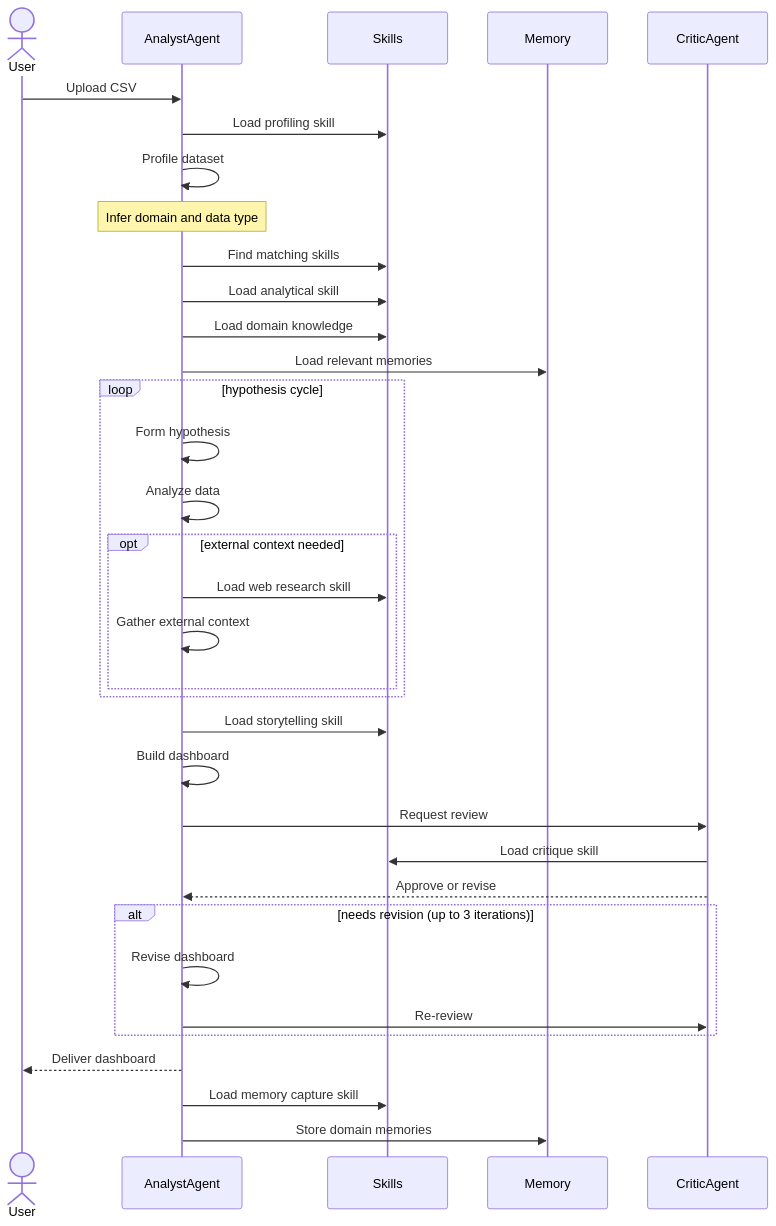
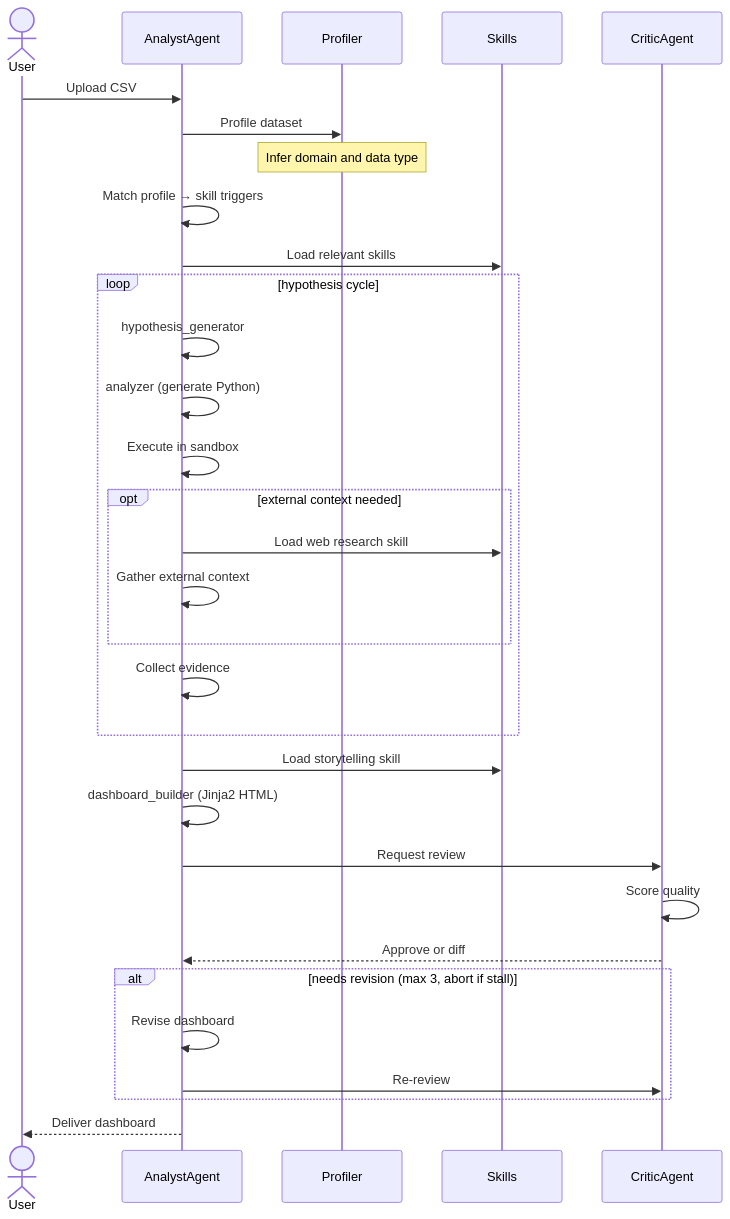
One commit to chekahchek/auto-analyst changed the first of 5 diagrams in design_spec.md. Above: the diagram before and after it, drawn with Mermaid. The commit also changed other lines of this file and 5 other files, not shown here.

````diff
--- a/design_spec.md
+++ b/design_spec.md
@@ -88,41 +26,38 @@
 ```mermaid
 sequenceDiagram
     actor U as User
     participant A as AnalystAgent
+    participant P as Profiler
     participant S as Skills
-    participant M as Memory
     participant C as CriticAgent
 
     U->>A: Upload CSV
-    A->>S: Load profiling skill
-    A->>A: Profile dataset
-    Note over A: Infer domain and data type
-    A->>S: Find matching skills
-    A->>S: Load analytical skill
-    A->>S: Load domain knowledge
-    A->>M: Load relevant memories
+    A->>P: Profile dataset
+    Note over P: Infer domain and data type
+    A->>A: Match profile → skill triggers
+    A->>S: Load relevant skills
 
     loop hypothesis cycle
-        A->>A: Form hypothesis
-        A->>A: Analyze data
+        A->>A: hypothesis_generator
+        A->>A: analyzer (generate Python)
+        A->>A: Execute in sandbox
         opt external context needed
             A->>S: Load web research skill
             A->>A: Gather external context
         end
+        A->>A: Collect evidence
     end
 
     A->>S: Load storytelling skill
-    A->>A: Build dashboard
+    A->>A: dashboard_builder (Jinja2 HTML)
     A->>C: Request review
-    C->>S: Load critique skill
-    C-->>A: Approve or revise
+    C->>C: Score quality
+    C-->>A: Approve or diff
 
-    alt needs revision (up to 3 iterations)
+    alt needs revision (max 3, abort if stall)
         A->>A: Revise dashboard
         A->>C: Re-review
     end
 
     A-->>U: Deliver dashboard
-    A->>S: Load memory capture skill
-    A->>M: Store domain memories
 ```
````
